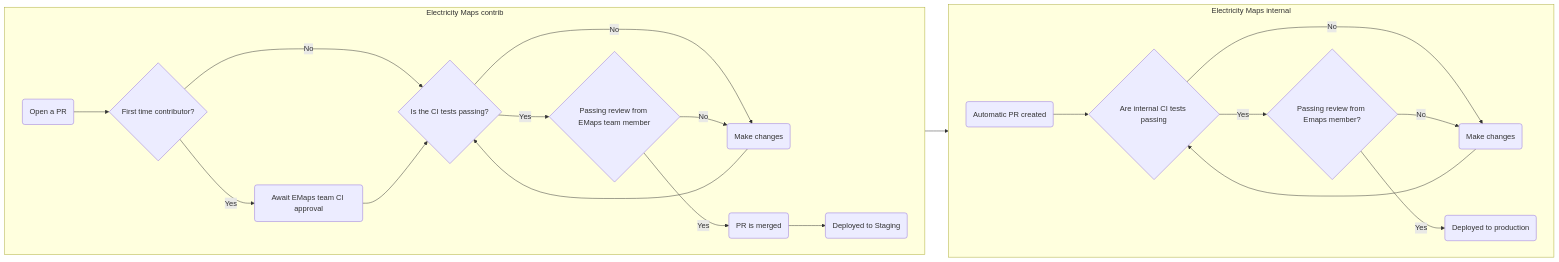
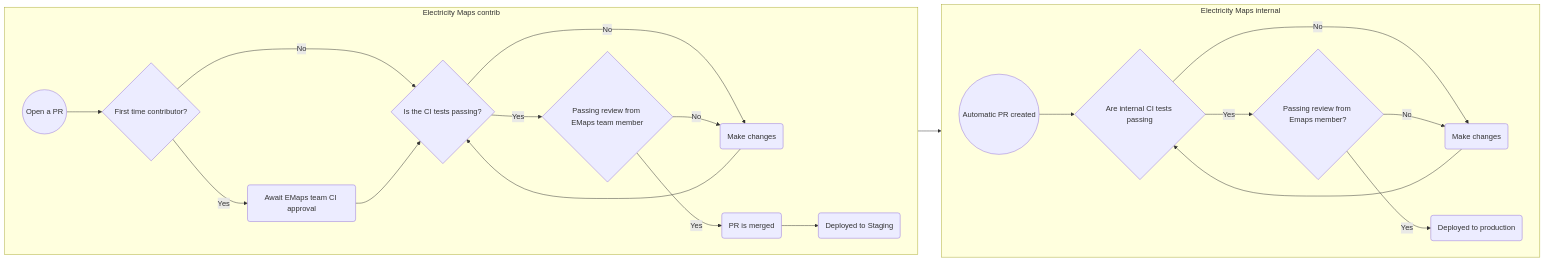
The diagram in CONTRIBUTING.md (electricitymaps/electricitymaps-contrib), drawn with Mermaid before and after one commit.

Commit message:
adjust chart

````diff
--- a/CONTRIBUTING.md
+++ b/CONTRIBUTING.md
@@ -133,39 +133,39 @@
 ```mermaid
 flowchart LR
     subgraph idContrib["Electricity Maps contrib"]
     direction LR
-        id1(Open a PR)
+        id1((Open a PR))
         id2{First time contributor?}
         id3(Await EMaps team CI approval)
         id4{Is the CI tests passing?}
         id5(Make changes)
         id6{Passing review from EMaps team member}
         id7(PR is merged)
         id8(Deployed to Staging)
         id1-->id2
         id2-->|Yes|id3
         id2-->|No|id4
         id3-->id4
         id4-->|No|id5
         id5-->id4
         id4-->|Yes|id6
         id6-->|No|id5
         id6-->|Yes|id7
         id7-->id8
     end
     subgraph idInternal["Electricity Maps internal"]
     direction LR
-        id9(Automatic PR created)
+        id9((Automatic PR created))
         id10{Are internal CI tests passing}
         id11(Make changes)
         id12{Passing review from Emaps member?}
         id13(Deployed to production)
         id9-->id10
         id10-->|No|id11
         id11-->id10
         id10-->|Yes|id12
         id12-->|No|id11
         id12-->|Yes|id13
     end
-    idContrib-->idInternal
+    id7-->id9
 ```
````
